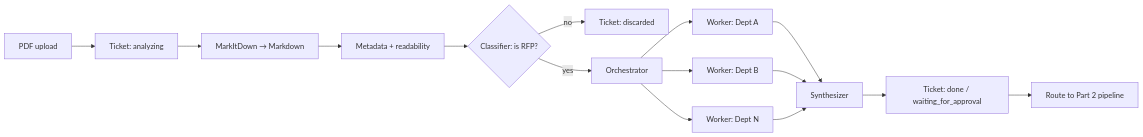
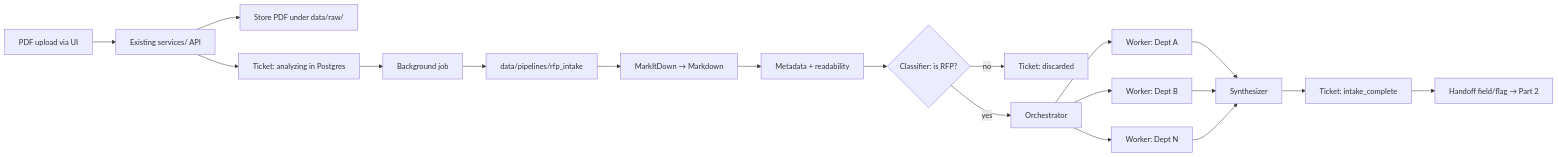
The diagram in content/projects/ai-eng-milestone-agentic-workflows-orchestrate/.learn/solution/README.md (4GeeksAcademy/ai-engineering-syllabus), drawn with Mermaid before and after one commit. The commit also changed other lines of this file and 25 other files, not shown here.

````diff
--- a/content/projects/ai-eng-milestone-agentic-workflows-orchestrate/.learn/solution/README.md
+++ b/content/projects/ai-eng-milestone-agentic-workflows-orchestrate/.learn/solution/README.md
@@ -9,17 +9,21 @@
 ```mermaid
 flowchart LR
-  UP[PDF upload] --> TICKET[Ticket: analyzing]
-  TICKET --> MD[MarkItDown → Markdown]
+  UP[PDF upload via UI] --> API[Existing services/ API]
+  API --> RAW[Store PDF under data/raw/]
+  API --> TICKET[Ticket: analyzing in Postgres]
+  TICKET --> BG[Background job]
+  BG --> PIPE[data/pipelines/rfp_intake]
+  PIPE --> MD[MarkItDown → Markdown]
   MD --> META[Metadata + readability]
   META --> CLS{Classifier: is RFP?}
   CLS -->|no| DISC[Ticket: discarded]
   CLS -->|yes| ORCH[Orchestrator]
   ORCH --> W1[Worker: Dept A]
   ORCH --> W2[Worker: Dept B]
   ORCH --> WN[Worker: Dept N]
   W1 --> SYN[Synthesizer]
   W2 --> SYN
   WN --> SYN
-  SYN --> DONE[Ticket: done / waiting_for_approval]
-  DONE --> ROUTE[Route to Part 2 pipeline]
+  SYN --> DONE[Ticket: intake_complete]
+  DONE --> ROUTE[Handoff field/flag → Part 2]
 ```
````
